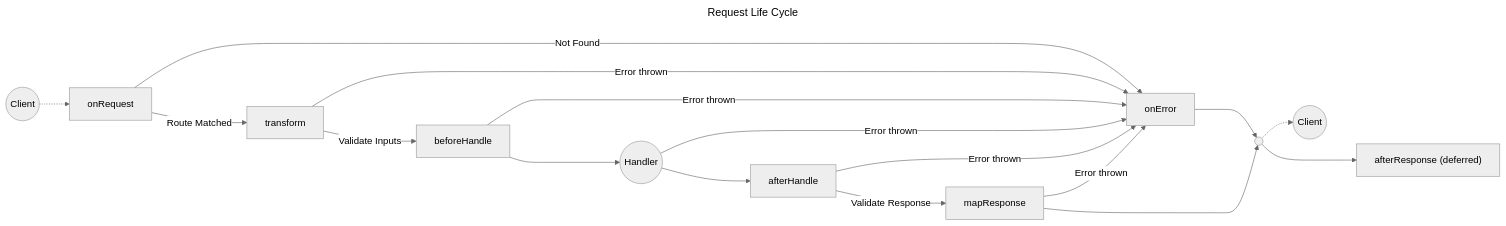
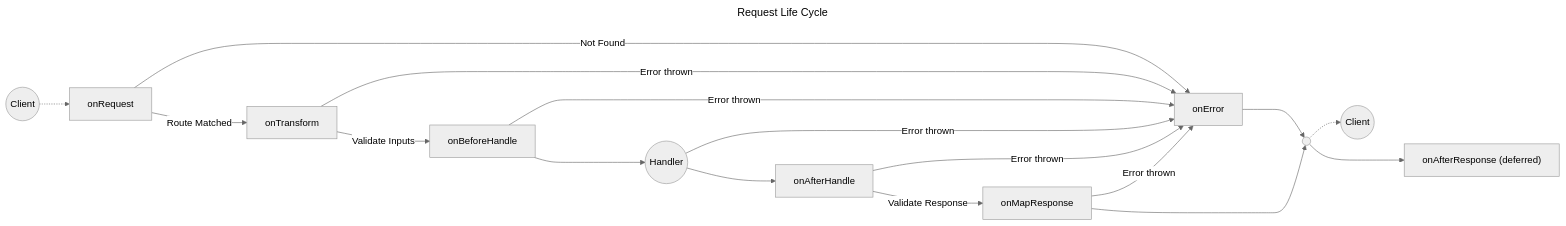
One commit to aklinker1/zeta changed the diagram in README.md. Above: the diagram before and after it, drawn with Mermaid (neutral theme). The commit also changed other lines of this file, not shown here.

````diff
--- a/README.md
+++ b/README.md
@@ -256,24 +285,24 @@
 ```mermaid
 ---
 title: Request Life Cycle
 ---
 graph LR
     A((Client)) -.-> B
     B[onRequest] -- "Route Matched" --> D
     B -- "Not Found" --> C
     C[onError] ---> J
-    D[transform] -- "Validate Inputs" --> E
+    D[onTransform] -- "Validate Inputs" --> E
     D -- "Error thrown" --> C
-    E[beforeHandle] ---> F
+    E[onBeforeHandle] ---> F
     E -- "Error thrown" --> C
     F((Handler)) --> G
     F -- "Error thrown" --> C
-    G[afterHandle] -- "Validate Response" --> H
+    G[onAfterHandle] -- "Validate Response" --> H
     G -- "Error thrown" --> C
-    H[mapResponse] ---> J
+    H[onMapResponse] ---> J
     H -- "Error thrown" --> C
     J@{ shape: sm-circ } -.-> K
     J ---> L
     K((Client))
-    L["afterResponse (deferred)"]
+    L["onAfterResponse (deferred)"]
 ```
````
